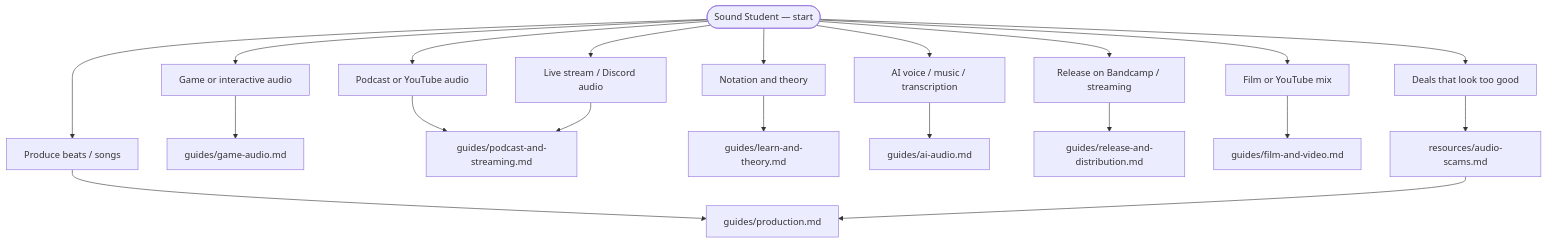
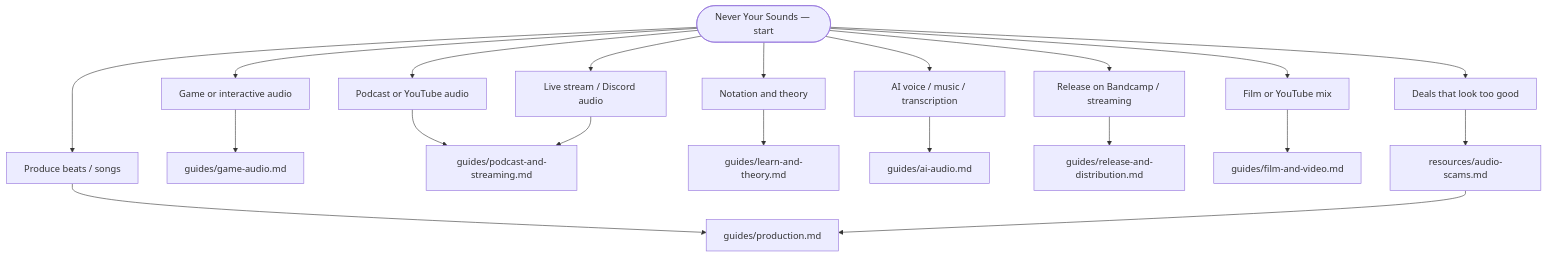
Before and after one commit to Jay-Lokhande/never-your-sounds: the diagram in README.md, drawn with Mermaid. The commit also changed other lines of this file and 12 other files, not shown here.

Commit message:
Rename project to Never Your Sounds (never-your-sounds).

````diff
--- a/README.md
+++ b/README.md
@@ -17,24 +17,24 @@
 ```mermaid
 flowchart TD
-  start([Sound Student — start])
+  start([Never Your Sounds — start])
   start --> prod[Produce beats / songs]
   start --> game[Game or interactive audio]
   start --> pod[Podcast or YouTube audio]
   start --> stream[Live stream / Discord audio]
   start --> theory[Notation and theory]
   start --> ai[AI voice / music / transcription]
   start --> release[Release on Bandcamp / streaming]
   start --> film[Film or YouTube mix]
   start --> safe[Deals that look too good]
 
   prod --> g1[guides/production.md]
   game --> g2[guides/game-audio.md]
   pod --> g3[guides/podcast-and-streaming.md]
   stream --> g3
   theory --> g4[guides/learn-and-theory.md]
   ai --> g5[guides/ai-audio.md]
   release --> g6[guides/release-and-distribution.md]
   film --> g7[guides/film-and-video.md]
   safe --> scam[resources/audio-scams.md]
   scam --> g1
 ```
````
